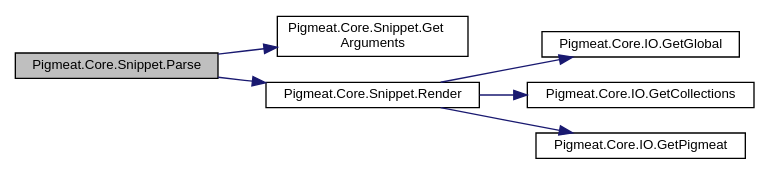
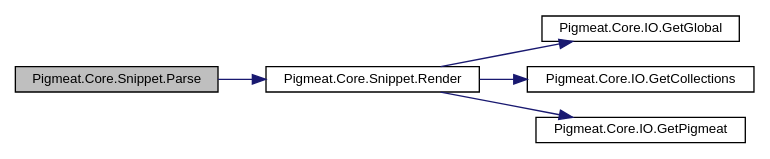
The diagram in class_pigmeat_1_1_core_1_1_snippet_a54ea5e1d3a8cd6308a1b1c9f01457146_cgraph.dot (milovidov983/Pigmeat), drawn with Graphviz before and after one commit. The commit also changed 89 other files, not shown here.

```diff
--- a/class_pigmeat_1_1_core_1_1_snippet_a54ea5e1d3a8cd6308a1b1c9f01457146_cgraph.dot
+++ b/class_pigmeat_1_1_core_1_1_snippet_a54ea5e1d3a8cd6308a1b1c9f01457146_cgraph.dot
@@ -1,17 +1,15 @@
 digraph "Pigmeat.Core.Snippet.Parse"
 {
   edge [fontname="Helvetica",fontsize="10",labelfontname="Helvetica",labelfontsize="10"];
   node [fontname="Helvetica",fontsize="10",shape=record];
   rankdir="LR";
-  Node14 [label="Pigmeat.Core.Snippet.Parse",height=0.2,width=0.4,color="black", fillcolor="grey75", style="filled", fontcolor="black"];
-  Node14 -> Node15 [color="midnightblue",fontsize="10",style="solid",fontname="Helvetica"];
-  Node15 [label="Pigmeat.Core.Snippet.Get\lArguments",height=0.2,width=0.4,color="black", fillcolor="white", style="filled",URL="$class_pigmeat_1_1_core_1_1_snippet.html#aa38c844e4b96a534fcb78ca5c00ffd8e",tooltip="Gets the arguments given in the Snippet call, to be parsed through later "];
-  Node14 -> Node16 [color="midnightblue",fontsize="10",style="solid",fontname="Helvetica"];
-  Node16 [label="Pigmeat.Core.Snippet.Render",height=0.2,width=0.4,color="black", fillcolor="white", style="filled",URL="$class_pigmeat_1_1_core_1_1_snippet.html#af0fb8ee7a3dc0364d48433d429da920a",tooltip="Renders Snippets "];
-  Node16 -> Node17 [color="midnightblue",fontsize="10",style="solid",fontname="Helvetica"];
-  Node17 [label="Pigmeat.Core.IO.GetGlobal",height=0.2,width=0.4,color="black", fillcolor="white", style="filled",URL="$class_pigmeat_1_1_core_1_1_i_o.html#a8f84ec34a489ed4c83089b16308ddc7f",tooltip="Get file representing project&#39;s Global context "];
-  Node16 -> Node18 [color="midnightblue",fontsize="10",style="solid",fontname="Helvetica"];
-  Node18 [label="Pigmeat.Core.IO.GetCollections",height=0.2,width=0.4,color="black", fillcolor="white", style="filled",URL="$class_pigmeat_1_1_core_1_1_i_o.html#a95f27be3fb9f5fd7e668f903c4e1cfb4",tooltip="Create a JObject to merge with the Global context containing each collection&#39;s collection.json data "];
-  Node16 -> Node19 [color="midnightblue",fontsize="10",style="solid",fontname="Helvetica"];
-  Node19 [label="Pigmeat.Core.IO.GetPigmeat",height=0.2,width=0.4,color="black", fillcolor="white", style="filled",URL="$class_pigmeat_1_1_core_1_1_i_o.html#ab52a010415630b7063180fd58759eab3",tooltip="Get JObject representing project&#39;s Pigmeat context "];
+  Node0 [label="Pigmeat.Core.Snippet.Parse",height=0.2,width=0.4,color="black", fillcolor="grey75", style="filled", fontcolor="black"];
+  Node0 -> Node1 [color="midnightblue",fontsize="10",style="solid",fontname="Helvetica"];
+  Node1 [label="Pigmeat.Core.Snippet.Render",height=0.2,width=0.4,color="black", fillcolor="white", style="filled",URL="$class_pigmeat_1_1_core_1_1_snippet.html#ac3dd182d3699b9997372e1baa768de2b",tooltip="Renders Snippets "];
+  Node1 -> Node2 [color="midnightblue",fontsize="10",style="solid",fontname="Helvetica"];
+  Node2 [label="Pigmeat.Core.IO.GetGlobal",height=0.2,width=0.4,color="black", fillcolor="white", style="filled",URL="$class_pigmeat_1_1_core_1_1_i_o.html#a8f84ec34a489ed4c83089b16308ddc7f",tooltip="Get file representing project&#39;s Global context "];
+  Node1 -> Node3 [color="midnightblue",fontsize="10",style="solid",fontname="Helvetica"];
+  Node3 [label="Pigmeat.Core.IO.GetCollections",height=0.2,width=0.4,color="black", fillcolor="white", style="filled",URL="$class_pigmeat_1_1_core_1_1_i_o.html#a95f27be3fb9f5fd7e668f903c4e1cfb4",tooltip="Create a JObject to merge with the Global context containing each collection&#39;s collection.json data "];
+  Node1 -> Node4 [color="midnightblue",fontsize="10",style="solid",fontname="Helvetica"];
+  Node4 [label="Pigmeat.Core.IO.GetPigmeat",height=0.2,width=0.4,color="black", fillcolor="white", style="filled",URL="$class_pigmeat_1_1_core_1_1_i_o.html#ab52a010415630b7063180fd58759eab3",tooltip="Get JObject representing project&#39;s Pigmeat context "];
 }
```
